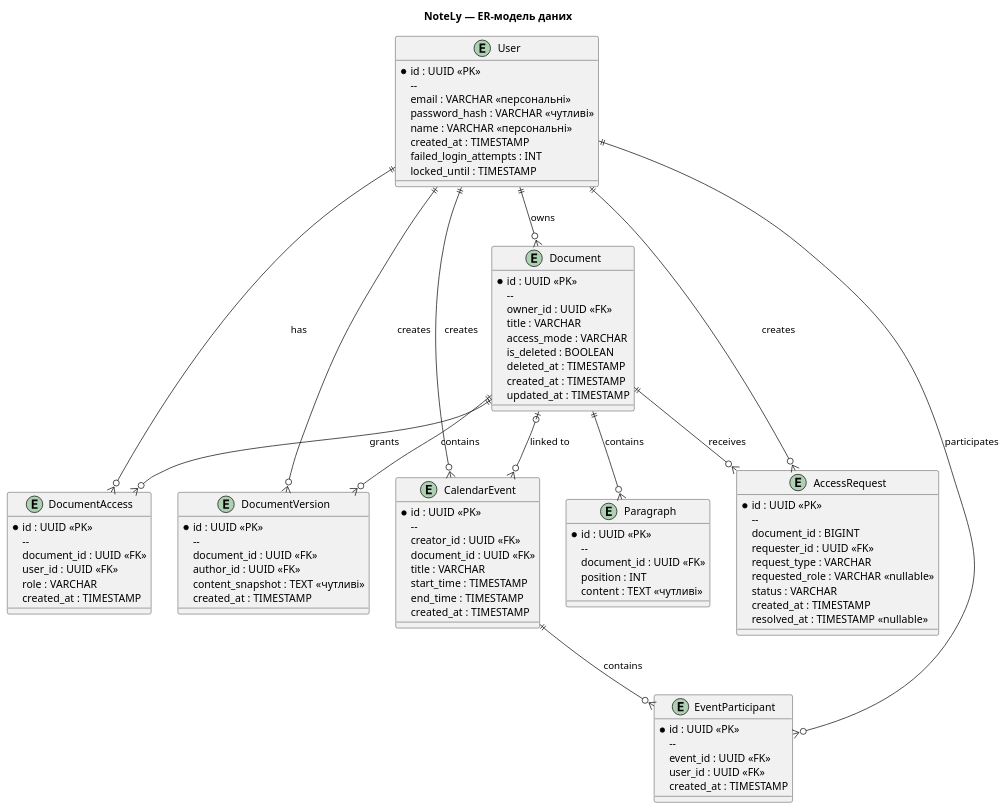
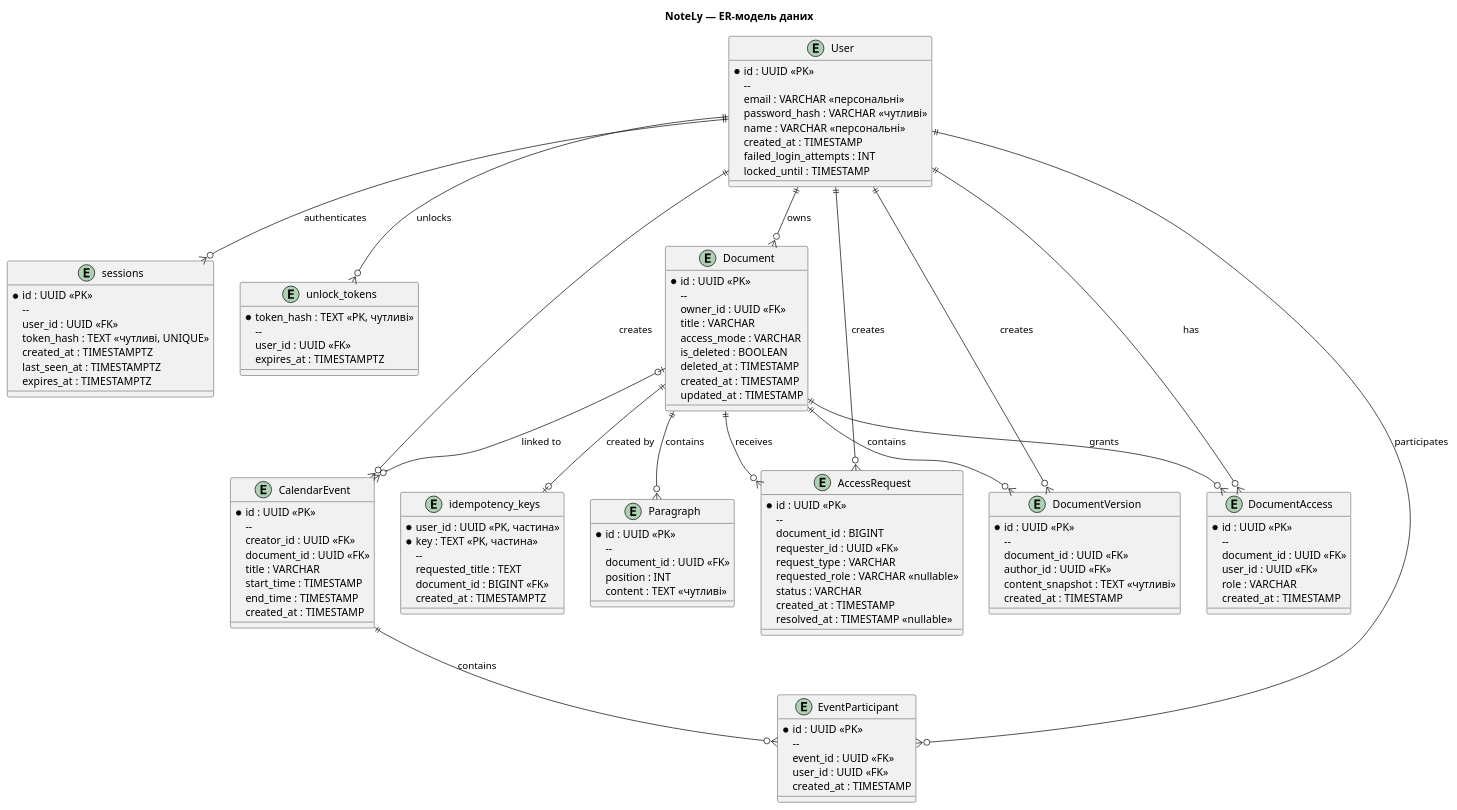
The diagram in docs/architecture/uml/data-model.puml (ukma-fin-ssdm-2026/noproblem), drawn with PlantUML before and after one commit. The commit also changed 2 other files, not shown here.

```diff
--- a/docs/architecture/uml/data-model.puml
+++ b/docs/architecture/uml/data-model.puml
@@ -1,110 +1,142 @@
 @startuml
 
 title NoteLy — ER-модель даних
 
 entity "User" as User {
 
 * id : UUID <<PK>>
   --
   email : VARCHAR <<персональні>>
   password_hash : VARCHAR <<чутливі>>
   name : VARCHAR <<персональні>>
   created_at : TIMESTAMP
   failed_login_attempts : INT
   locked_until : TIMESTAMP
   }
 
+entity "sessions" as Session {
+
+* id : UUID <<PK>>
+  --
+  user_id : UUID <<FK>>
+  token_hash : TEXT <<чутливі, UNIQUE>>
+  created_at : TIMESTAMPTZ
+  last_seen_at : TIMESTAMPTZ
+  expires_at : TIMESTAMPTZ
+  }
+
+entity "unlock_tokens" as UnlockToken {
+
+* token_hash : TEXT <<PK, чутливі>>
+  --
+  user_id : UUID <<FK>>
+  expires_at : TIMESTAMPTZ
+  }
+
 entity "Document" as Document {
 
 * id : UUID <<PK>>
   --
   owner_id : UUID <<FK>>
   title : VARCHAR
   access_mode : VARCHAR
   is_deleted : BOOLEAN
   deleted_at : TIMESTAMP
   created_at : TIMESTAMP
   updated_at : TIMESTAMP
+  }
+
+entity "idempotency_keys" as IdempotencyKey {
+
+* user_id : UUID <<PK, частина>>
+* key : TEXT <<PK, частина>>
+  --
+  requested_title : TEXT
+  document_id : BIGINT <<FK>>
+  created_at : TIMESTAMPTZ
   }
 
 entity "Paragraph" as Paragraph {
 
 * id : UUID <<PK>>
   --
   document_id : UUID <<FK>>
   position : INT
   content : TEXT <<чутливі>>
   }
 
 entity "DocumentAccess" as DocumentAccess {
 
 * id : UUID <<PK>>
   --
   document_id : UUID <<FK>>
   user_id : UUID <<FK>>
   role : VARCHAR
   created_at : TIMESTAMP
   }
 
 entity "AccessRequest" as AccessRequest {
 
 * id : UUID <<PK>>
   --
   document_id : BIGINT
   requester_id : UUID <<FK>>
   request_type : VARCHAR
   requested_role : VARCHAR <<nullable>>
   status : VARCHAR
   created_at : TIMESTAMP
   resolved_at : TIMESTAMP <<nullable>>
   }
 
 entity "DocumentVersion" as DocumentVersion {
 
 * id : UUID <<PK>>
   --
   document_id : UUID <<FK>>
   author_id : UUID <<FK>>
   content_snapshot : TEXT <<чутливі>>
   created_at : TIMESTAMP
   }
 
 entity "CalendarEvent" as CalendarEvent {
 
 * id : UUID <<PK>>
   --
   creator_id : UUID <<FK>>
   document_id : UUID <<FK>>
   title : VARCHAR
   start_time : TIMESTAMP
   end_time : TIMESTAMP
   created_at : TIMESTAMP
   }
 
 entity "EventParticipant" as EventParticipant {
 
 * id : UUID <<PK>>
   --
   event_id : UUID <<FK>>
   user_id : UUID <<FK>>
   created_at : TIMESTAMP
   }
 
 User ||--o{ Document : owns
+User ||--o{ Session : authenticates
+User ||--o{ UnlockToken : unlocks
+Document ||--o| IdempotencyKey : created by
 Document ||--o{ Paragraph : contains
 User ||--o{ DocumentAccess : has
 Document ||--o{ DocumentAccess : grants
 
 User ||--o{ AccessRequest : creates
 Document ||--o{ AccessRequest : receives
 
 User ||--o{ DocumentVersion : creates
 Document ||--o{ DocumentVersion : contains
 
 User ||--o{ CalendarEvent : creates
 Document |o--o{ CalendarEvent : linked to
 
 CalendarEvent ||--o{ EventParticipant : contains
 User ||--o{ EventParticipant : participates
 
 @enduml
```
